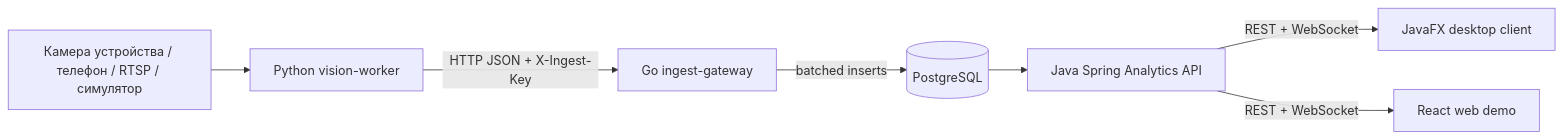
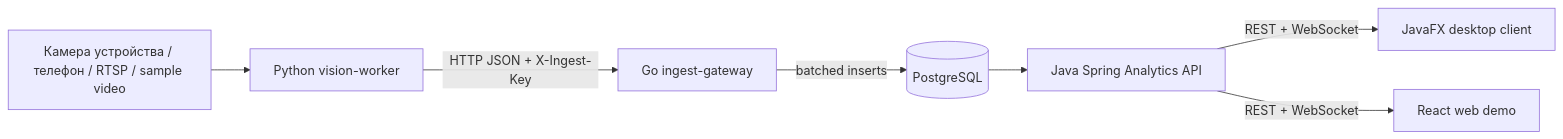
One commit to fakedesyncc/AudienceFlow changed the diagram in README.md. Above: the diagram before and after it, drawn with Mermaid. The commit also changed other lines of this file and 23 other files, not shown here.

````diff
--- a/README.md
+++ b/README.md
@@ -55,9 +57,9 @@
 ```mermaid
 flowchart LR
-    Camera["Камера устройства / телефон / RTSP / симулятор"] --> Worker["Python vision-worker"]
+    Camera["Камера устройства / телефон / RTSP / sample video"] --> Worker["Python vision-worker"]
     Worker -->|"HTTP JSON + X-Ingest-Key"| Gateway["Go ingest-gateway"]
     Gateway -->|"batched inserts"| DB[(PostgreSQL)]
     DB --> API["Java Spring Analytics API"]
     API -->|"REST + WebSocket"| Desktop["JavaFX desktop client"]
     API -->|"REST + WebSocket"| Web["React web demo"]
 ```
````
